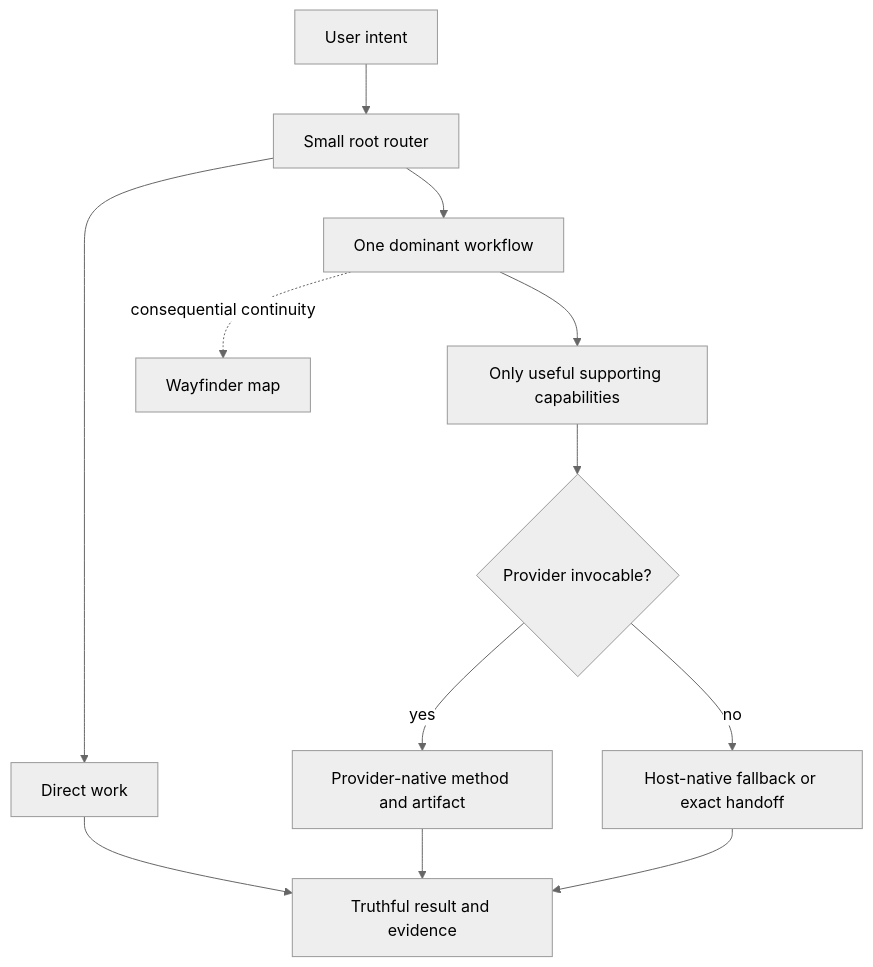
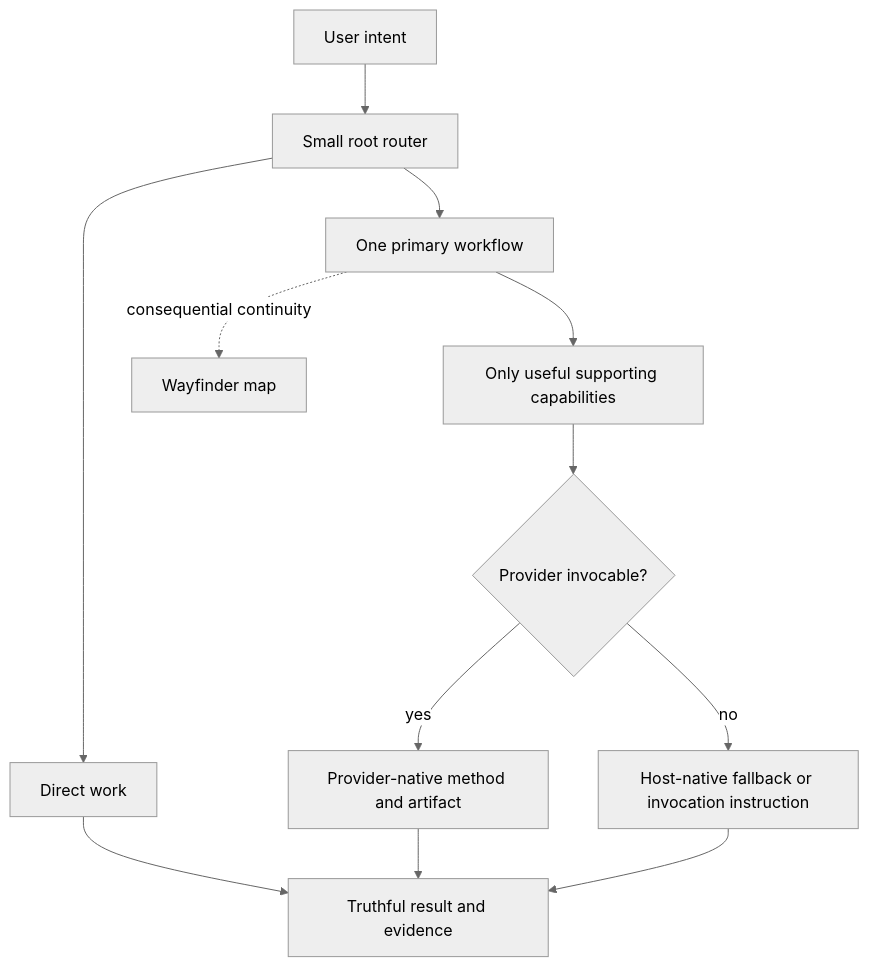
One commit to jimmfan/agentic-workflow changed the diagram in docs/architecture.md. Above: the diagram before and after it, drawn with Mermaid (neutral theme). The commit also changed other lines of this file and 63 other files, not shown here.

````diff
--- a/docs/architecture.md
+++ b/docs/architecture.md
@@ -18,14 +18,14 @@
 ```mermaid
 flowchart TD
     request["User intent"] --> router["Small root router"]
     router --> direct["Direct work"]
-    router --> workflow["One dominant workflow"]
+    router --> workflow["One primary workflow"]
     workflow --> capability["Only useful supporting capabilities"]
     capability --> provider{"Provider invocable?"}
     provider -->|yes| native["Provider-native method and artifact"]
-    provider -->|no| fallback["Host-native fallback or exact handoff"]
+    provider -->|no| fallback["Host-native fallback or invocation instruction"]
     direct --> evidence["Truthful result and evidence"]
     native --> evidence
     fallback --> evidence
     workflow -. consequential continuity .-> wayfinder["Wayfinder map"]
 ```
````
